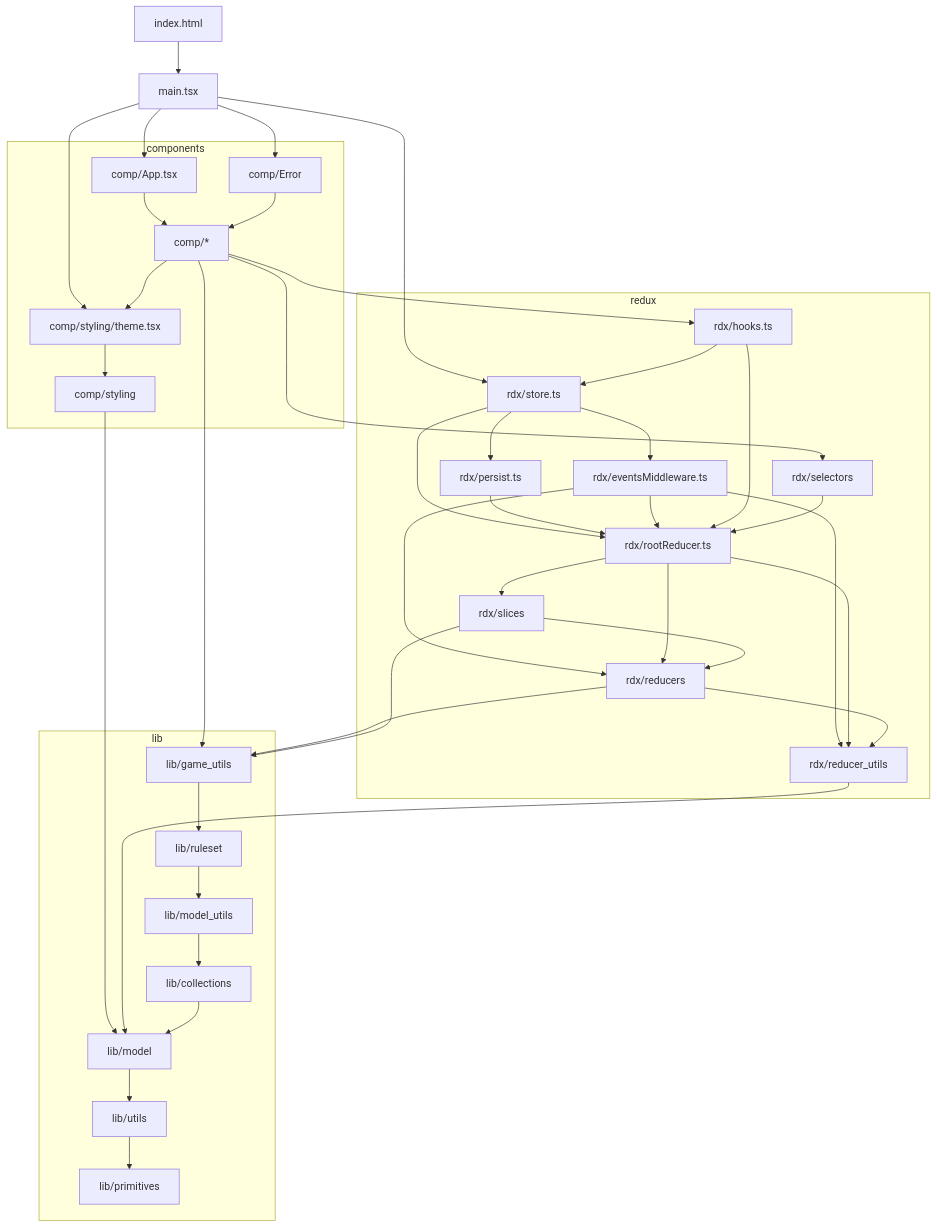
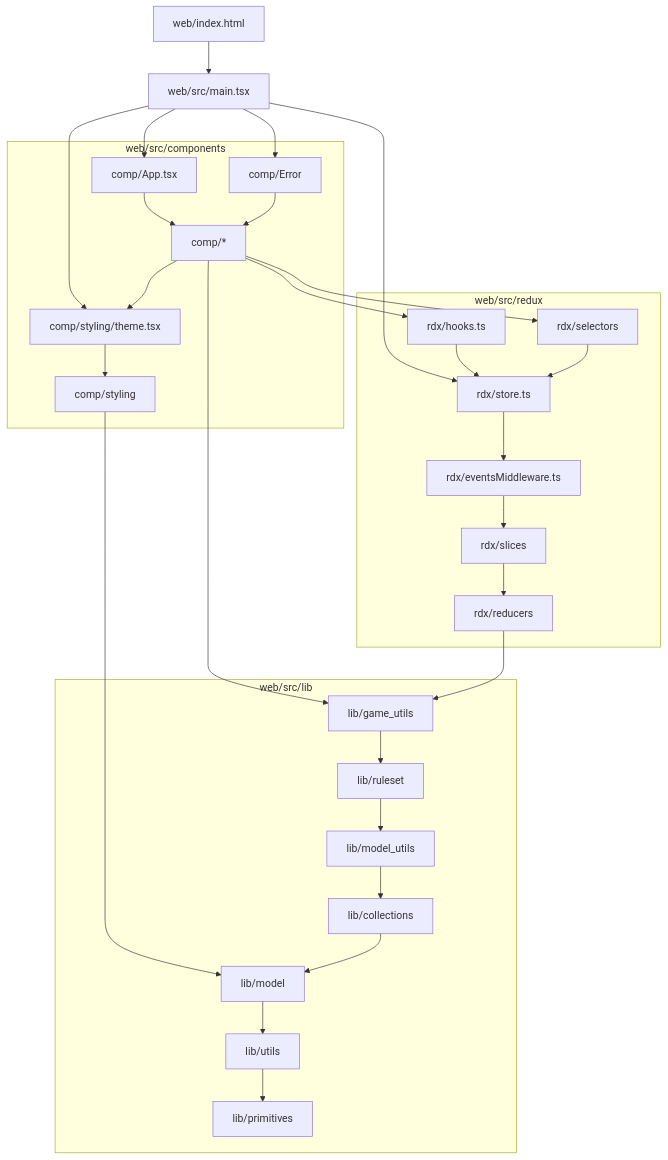
The first of 2 diagrams in docs/design/about_code_dependencies.md (konrad-jamrozik/game-ts), drawn with Mermaid before and after one commit. The commit also changed other lines of this file and 1 other file, not shown here.

````diff
--- a/docs/design/about_code_dependencies.md
+++ b/docs/design/about_code_dependencies.md
@@ -44,71 +39,56 @@
 ```mermaid
 graph TD
-    IndexH[index.html] --> MainTs[main.tsx]
+    IndexH[web/index.html] --> MainTs[web/src/main.tsx]
 
-    subgraph components
+    subgraph "web/src/components"
         CompApp[comp/App.tsx]
         CompTheme[comp/styling/theme.tsx]
         CompErr[comp/Error]
         Comp__[comp/*]
         CompSt[comp/styling]
     end
 
-    subgraph redux
+    subgraph "web/src/redux"
+        RdxHook[rdx/hooks.ts]
         RdxStore[rdx/store.ts]
-        RdxPers[rdx/persist.ts]
-        RdxRedu[rdx/rootReducer.ts]
-        RdxEvt[rdx/eventsMiddleware.ts]
+        RdxSel[rdx/selectors]
+        RdxMid[rdx/eventsMiddleware.ts]
+        RdxSli[rdx/slices]
         RdxRed[rdx/reducers]
-        RdxRedUtils[rdx/reducer_utils]
-        RdxSli[rdx/slices]
-        RdxHook[rdx/hooks.ts]
-        RdxSel[rdx/selectors]
     end
 
-    subgraph lib
+    subgraph "web/src/lib"
         LibGam[lib/game_utils]
         LibRul[lib/ruleset]
         LibMUt[lib/model_utils]
         LibCol[lib/collections]
         LibMod[lib/model]
         LibUti[lib/utils]
         LibPri[lib/primitives]
     end
 
     MainTs --> CompApp
     MainTs --> CompTheme
     MainTs --> CompErr
     MainTs --> RdxStore
     CompTheme --> CompSt
     CompApp --> Comp__
     CompErr --> Comp__
     Comp__ --> RdxHook
     Comp__ --> RdxSel
     Comp__ --> CompTheme
     Comp__ --> LibGam
     CompSt --> LibMod
-    RdxStore --> RdxRedu
-    RdxStore --> RdxEvt
-    RdxStore --> RdxPers
-    RdxPers --> RdxRedu
-    RdxEvt --> RdxRedu
-    RdxEvt --> RdxRed
-    RdxEvt --> RdxRedUtils
-    RdxRedu --> RdxRed
-    RdxRedu --> RdxSli
-    RdxRedu --> RdxRedUtils
+    RdxStore --> RdxMid
+    RdxMid --> RdxSli
     RdxSli --> RdxRed
-    RdxRed --> RdxRedUtils
     RdxRed --> LibGam
-    RdxRedUtils --> LibMod
-    RdxSli --> LibGam
     RdxHook --> RdxStore
-    RdxHook --> RdxRedu
-    RdxSel --> RdxRedu
+    RdxSel --> RdxStore
     LibGam --> LibRul
     LibRul --> LibMUt
     LibMUt --> LibCol
     LibCol --> LibMod
     LibMod --> LibUti
     LibUti --> LibPri
 ```
````
